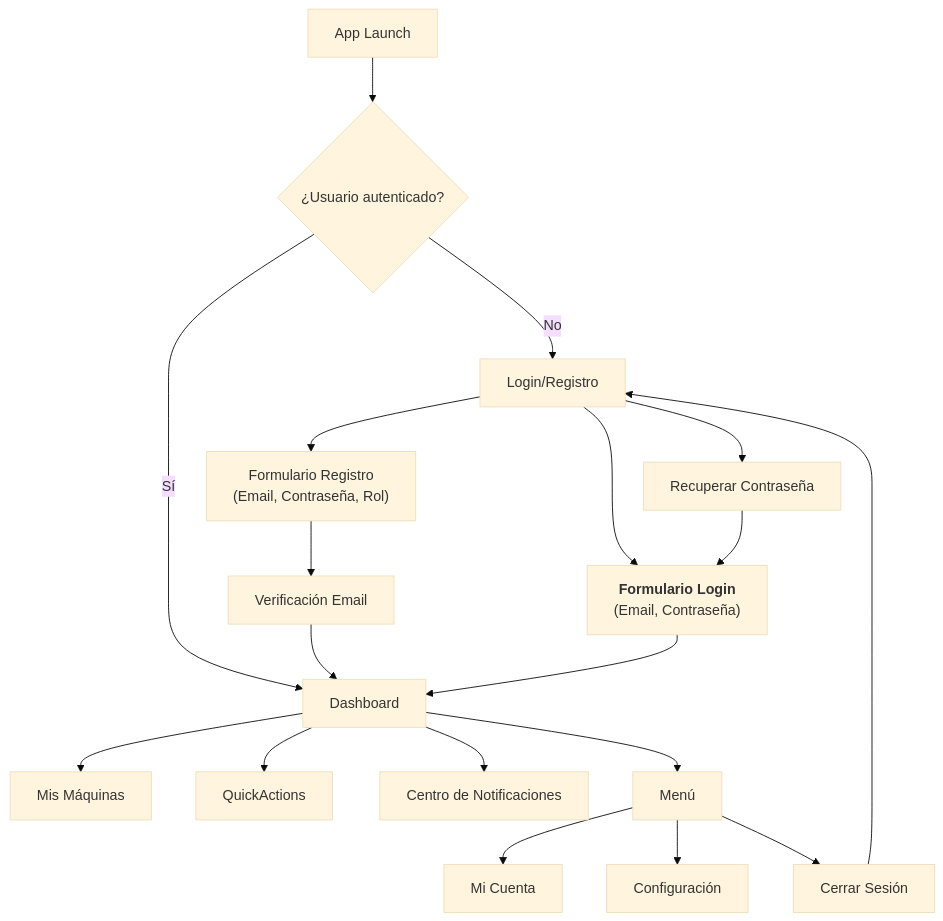
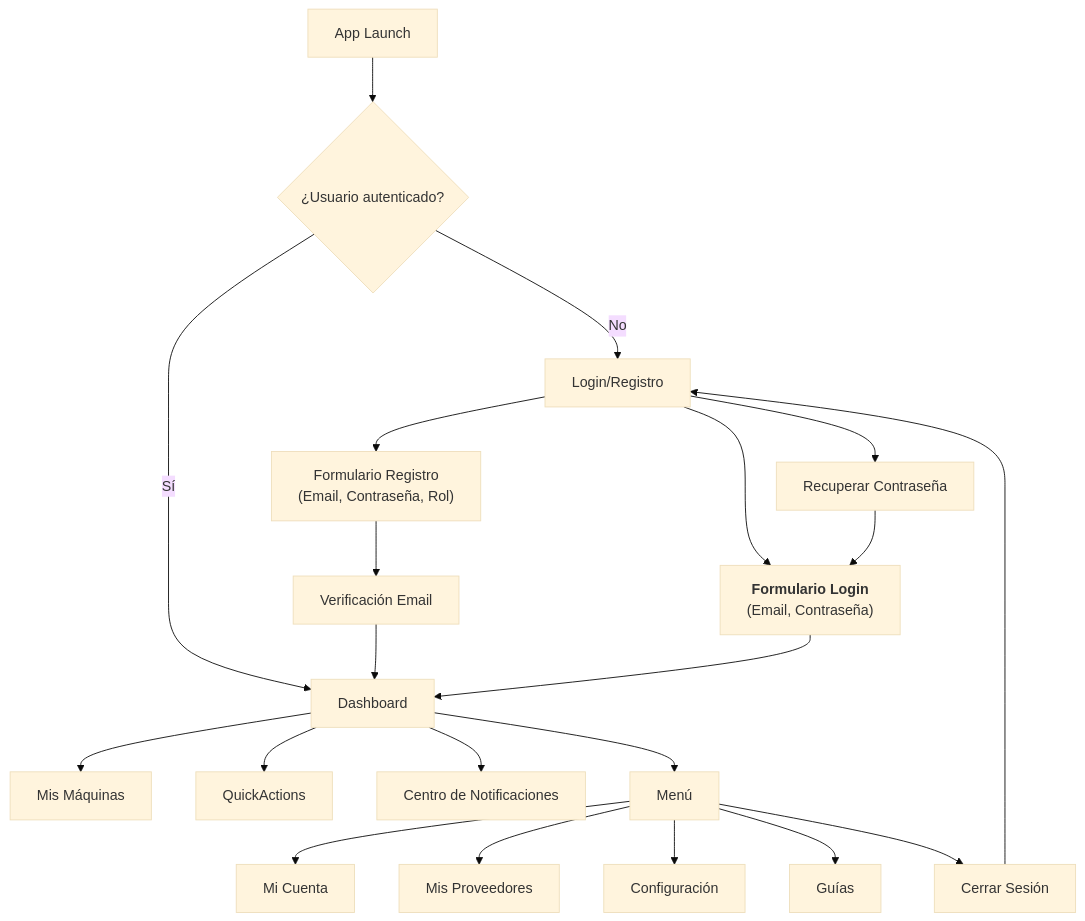
Before and after one commit to MarkMed/FleetMan: the first of 9 diagrams in docs/userJourney.md, drawn with Mermaid (base theme).

Commit message:
Enhance user journey flow: add Providers and Guides menu options

````diff
--- a/docs/userJourney.md
+++ b/docs/userJourney.md
@@ -5,25 +5,27 @@
 ```mermaid
 flowchart TD
     START[App Launch] --> AUTH{¿Usuario autenticado?}
     AUTH -->|No| LOGIN[Login/Registro]
     AUTH -->|Sí| DASH[Dashboard]
     LOGIN --> REGISTER[Formulario Registro<br/>#40;Email, Contraseña, Rol#41;]
     LOGIN --> SIGNIN[<b>Formulario Login</b><br/>#40;Email, Contraseña#41;]
     LOGIN --> FORGOT[Recuperar Contraseña]
 	FORGOT --> SIGNIN
     
     REGISTER --> VERIFY[Verificación Email]
     VERIFY --> DASH
     SIGNIN --> DASH
     
     DASH --> MACHINES[Mis Máquinas]
     DASH --> QUICKACTIONS[QuickActions]
     DASH --> NOTIFICATIONS[Centro de Notificaciones]
     DASH --> MENU[Menú]
     
     MENU --> ACCOUNT[Mi Cuenta]
+    MENU --> PROVIDERS[Mis Proveedores]
     MENU --> SETTINGS[Configuración]
+    MENU --> GUIDES[Guías]
     MENU --> LOGOUT[Cerrar Sesión]
     
     LOGOUT --> LOGIN
 ```
````
